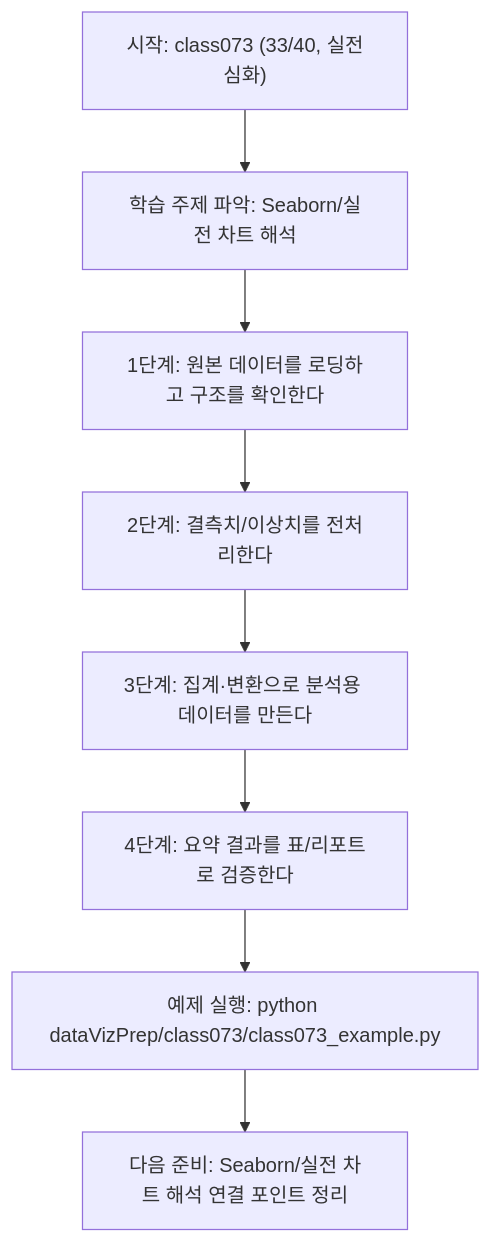
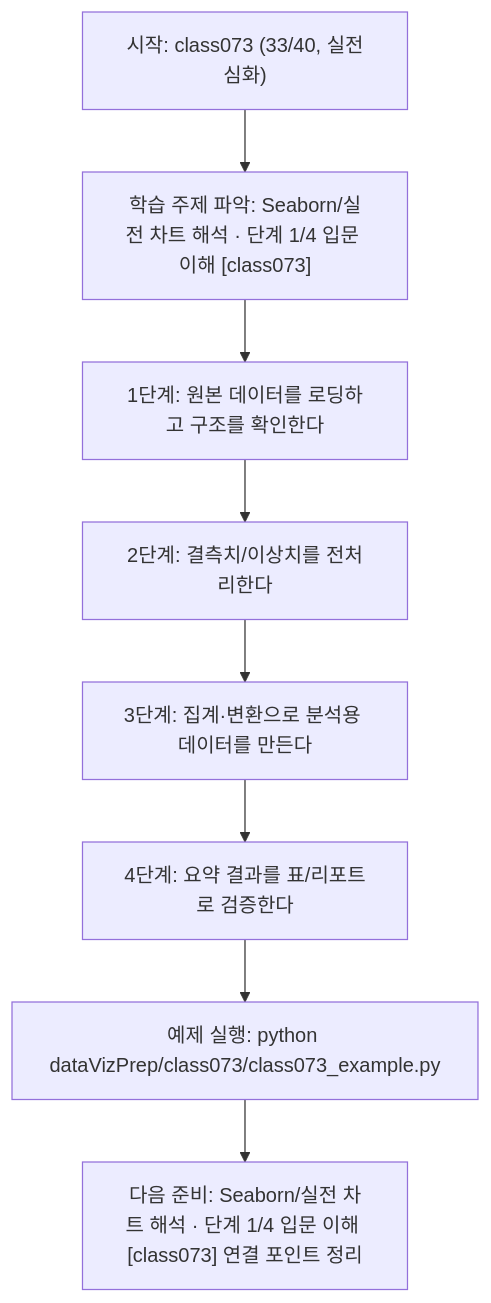
The diagram in dataVizPrep/class073/class073.md (edumgt/Python-AI_Agent-Class), drawn with Mermaid before and after one commit. The commit also changed other lines of this file and 522 other files, not shown here.

````diff
--- a/dataVizPrep/class073/class073.md
+++ b/dataVizPrep/class073/class073.md
@@ -111,18 +112,18 @@
 ```mermaid
 flowchart TD
 N1["시작: class073 (33/40, 실전심화)"]
-N2["학습 주제 파악: Seaborn/실전 차트 해석"]
+N2["학습 주제 파악: Seaborn/실전 차트 해석 · 단계 1/4 입문 이해 [class073]"]
 N3["1단계: 원본 데이터를 로딩하고 구조를 확인한다"]
 N4["2단계: 결측치/이상치를 전처리한다"]
 N5["3단계: 집계·변환으로 분석용 데이터를 만든다"]
 N6["4단계: 요약 결과를 표/리포트로 검증한다"]
 N7["예제 실행: python dataVizPrep/class073/class073_example.py"]
-N8["다음 준비: Seaborn/실전 차트 해석 연결 포인트 정리"]
+N8["다음 준비: Seaborn/실전 차트 해석 · 단계 1/4 입문 이해 [class073] 연결 포인트 정리"]
 N1 --> N2
 N2 --> N3
 N3 --> N4
 N4 --> N5
 N5 --> N6
 N6 --> N7
 N7 --> N8
 ```
````
